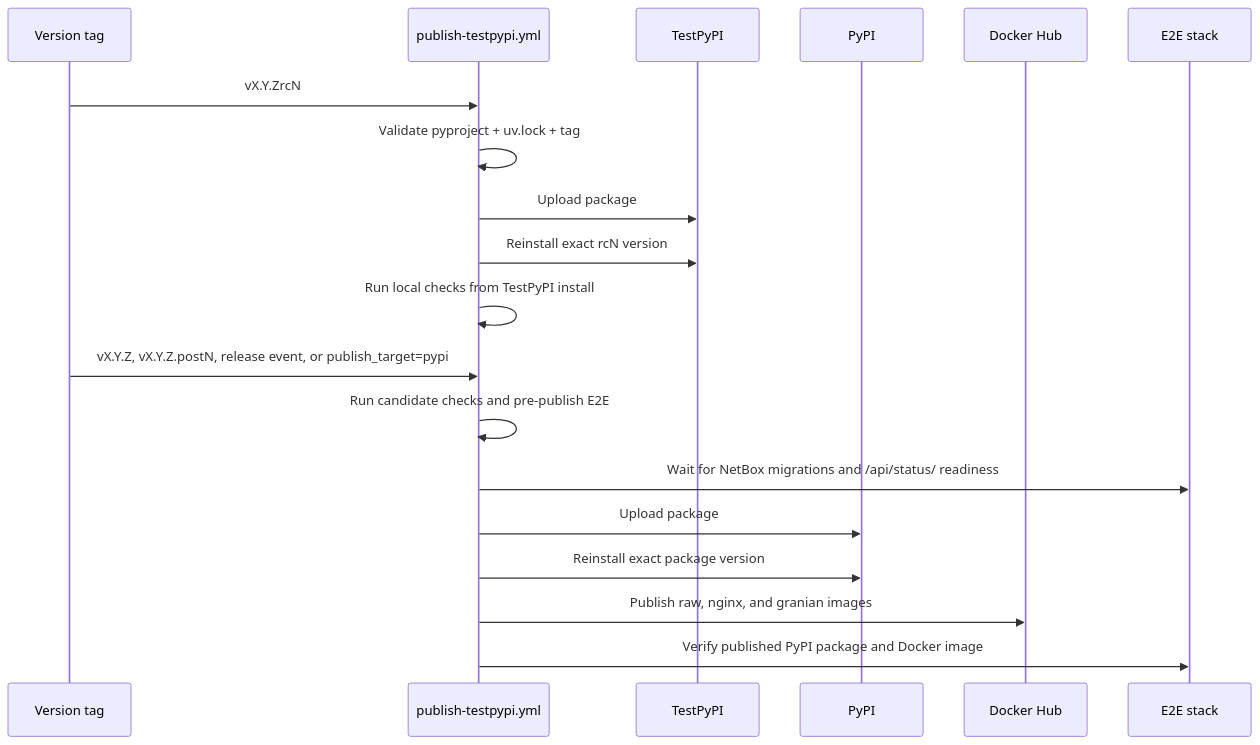
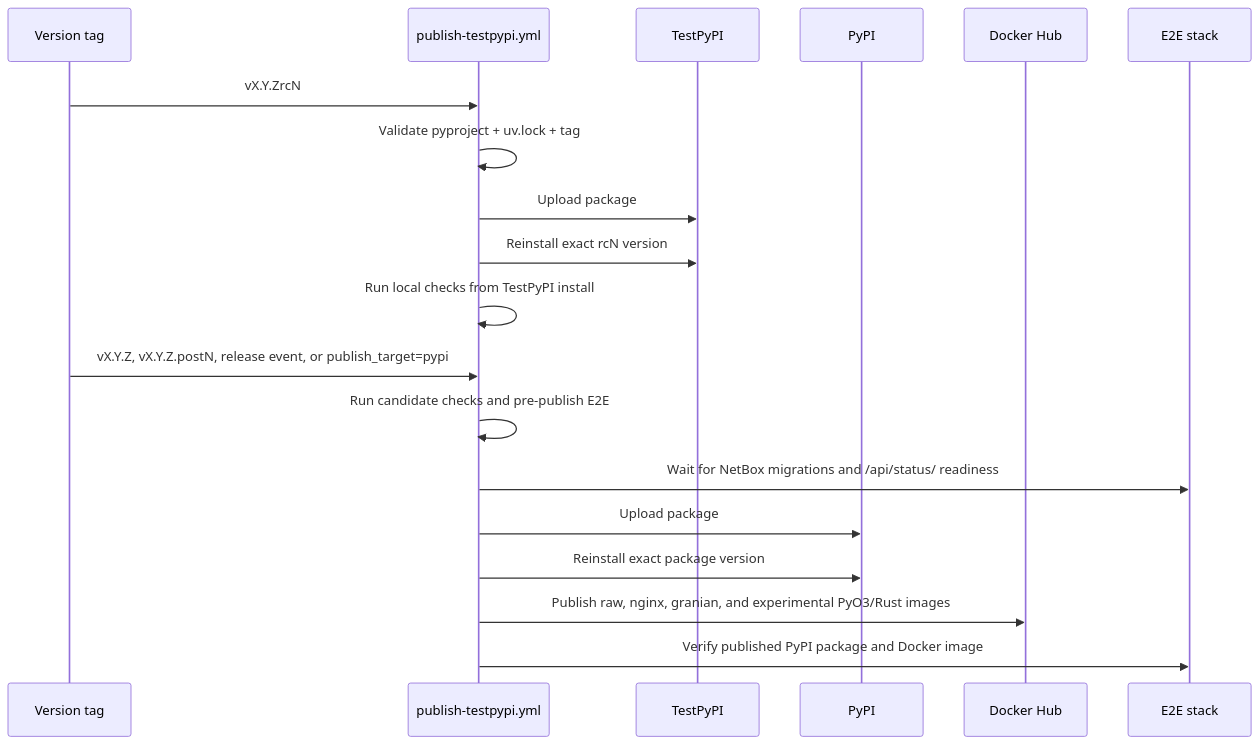
Before and after one commit to emersonfelipesp/proxbox-api: the second of 2 diagrams in docs/development/release-publishing.md, drawn with Mermaid. The commit also changed other lines of this file and 11 other files, not shown here.

Commit message:
Publish experimental PyO3 Rust Docker images

````diff
--- a/docs/development/release-publishing.md
+++ b/docs/development/release-publishing.md
@@ -43,23 +43,23 @@
 ```mermaid
 sequenceDiagram
     participant Tag as Version tag
     participant WF as publish-testpypi.yml
     participant TP as TestPyPI
     participant PY as PyPI
     participant DH as Docker Hub
     participant E2E as E2E stack
 
     Tag->>WF: vX.Y.ZrcN
     WF->>WF: Validate pyproject + uv.lock + tag
     WF->>TP: Upload package
     WF->>TP: Reinstall exact rcN version
     WF->>WF: Run local checks from TestPyPI install
 
     Tag->>WF: vX.Y.Z, vX.Y.Z.postN, release event, or publish_target=pypi
     WF->>WF: Run candidate checks and pre-publish E2E
     WF->>E2E: Wait for NetBox migrations and /api/status/ readiness
     WF->>PY: Upload package
     WF->>PY: Reinstall exact package version
-    WF->>DH: Publish raw, nginx, and granian images
+    WF->>DH: Publish raw, nginx, granian, and experimental PyO3/Rust images
     WF->>E2E: Verify published PyPI package and Docker image
 ```
````
